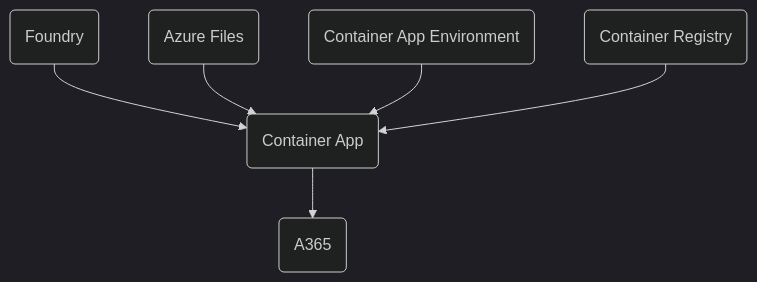
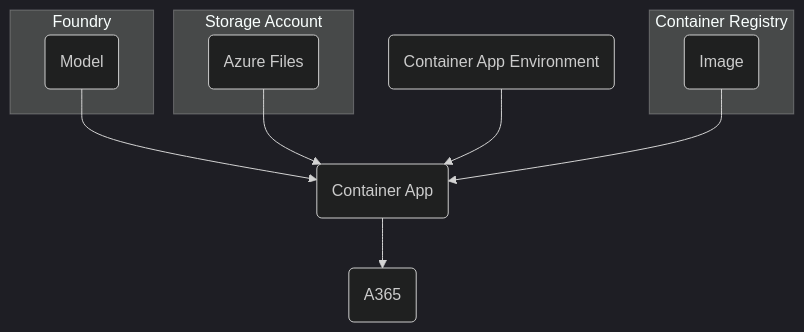
Before and after one commit to joetanx/mslab: the diagram in agent-365/samples/README.md, drawn with Mermaid (dark theme). The commit also changed other lines of this file, not shown here.

````diff
--- a/agent-365/samples/README.md
+++ b/agent-365/samples/README.md
@@ -11,14 +11,20 @@
 ```mermaid
 flowchart TD
     ACA(Container App)
-    Model(Foundry)
-    SA(Azure Files)
+    subgraph Foundry
+        Model(Model)
+    end
+    subgraph Storage Account
+        Share(Azure Files)
+    end
     CAE(Container App Environment)
-    ACR(Container Registry)
+    subgraph Container Registry
+        Image(Image)
+    end
     A365(A365)
     Model --> ACA
-    SA --> ACA
+    Share --> ACA
     CAE --> ACA
-    ACR --> ACA
+    Image --> ACA
     ACA --> A365
 ```
````
